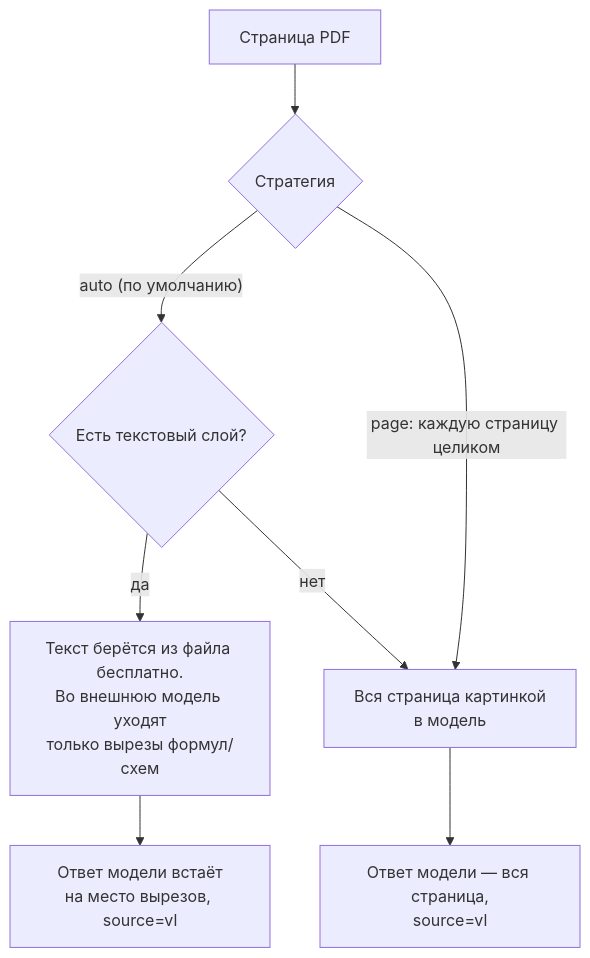
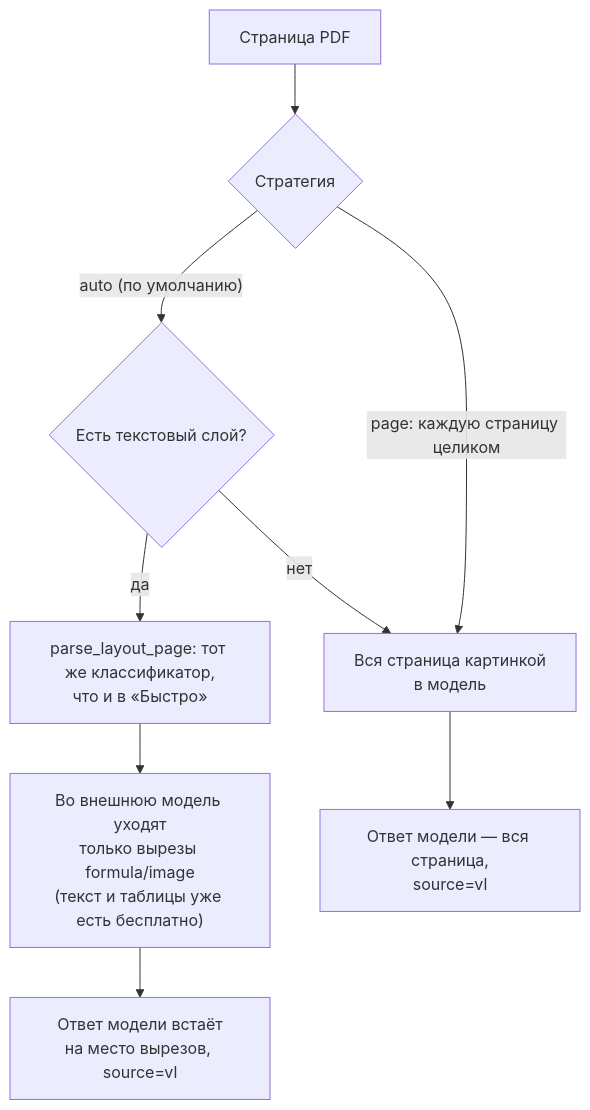
One commit to tneki22/Tentex changed the third of 4 diagrams in OCR.md. Above: the diagram before and after it, drawn with Mermaid. The commit also changed other lines of this file, not shown here.

````diff
--- a/OCR.md
+++ b/OCR.md
@@ -254,10 +444,11 @@
 ```mermaid
 flowchart TD
     P[Страница PDF] --> S{"Стратегия"}
     S -- "auto (по умолчанию)" --> Q{"Есть текстовый слой?"}
     S -- "page: каждую страницу целиком" --> W["Вся страница картинкой\nв модель"]
-    Q -- да --> T["Текст берётся из файла бесплатно.\nВо внешнюю модель уходят\nтолько вырезы формул/схем"]
+    Q -- да --> CL["parse_layout_page: тот же классификатор,\nчто и в «Быстро»"]
     Q -- нет --> W
+    CL --> T["Во внешнюю модель уходят\nтолько вырезы formula/image\n(текст и таблицы уже есть бесплатно)"]
     T --> M["Ответ модели встаёт\nна место вырезов, source=vl"]
     W --> M2["Ответ модели — вся страница,\nsource=vl"]
 ```
````
